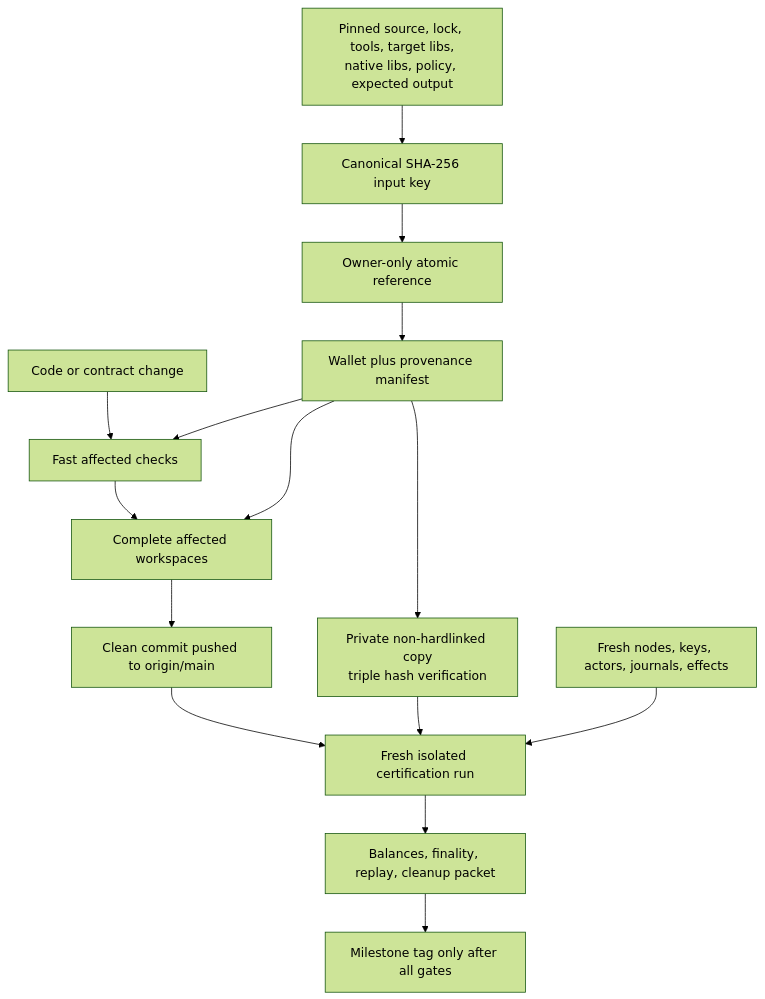
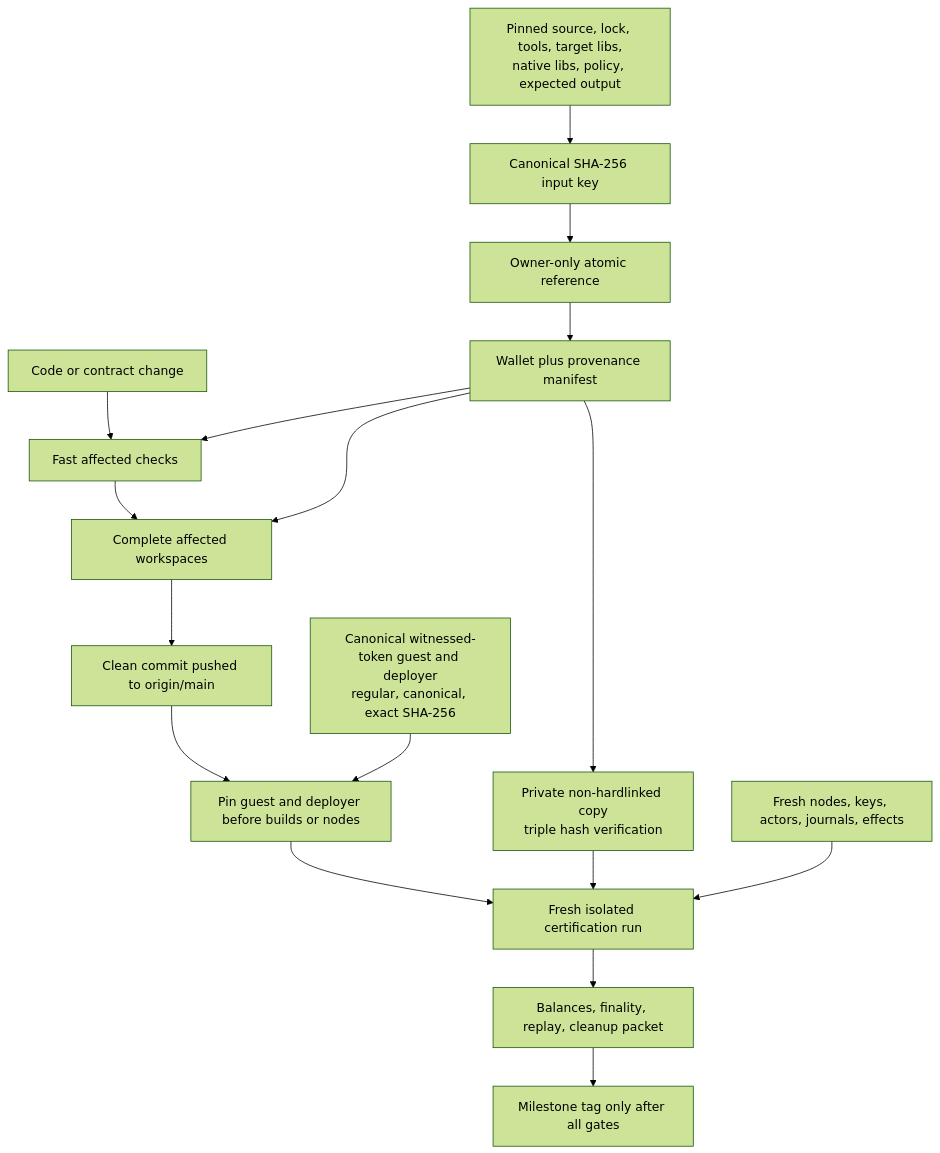
Before and after one commit to gateway-fm/lez-atomic-swaps: the second of 2 diagrams in docs/architecture/0047-pin-finalized-windows-and-separate-test-lanes.md, drawn with Mermaid (forest theme). The commit also changed other lines of this file and 10 other files, not shown here.

````diff
--- a/docs/architecture/0047-pin-finalized-windows-and-separate-test-lanes.md
+++ b/docs/architecture/0047-pin-finalized-windows-and-separate-test-lanes.md
@@ -104,17 +103,19 @@
 ```mermaid
 flowchart TB
     Change["Code or contract change"] --> Fast["Fast affected checks"]
     Fast --> Medium["Complete affected workspaces"]
     Medium --> Push["Clean commit pushed to origin/main"]
-    Push --> Cert["Fresh isolated certification run"]
+    Push --> Artifact["Pin guest and deployer before builds or nodes"]
+    Artifact --> Cert["Fresh isolated certification run"]
+    Guest["Canonical witnessed-token guest and deployer<br/>regular, canonical, exact SHA-256"] --> Artifact
     Inputs["Pinned source, lock, tools, target libs,<br/>native libs, policy, expected output"] --> Key["Canonical SHA-256 input key"]
     Key --> Ref["Owner-only atomic reference"]
     Ref --> Object["Wallet plus provenance manifest"]
     Object --> Fast
     Object --> Medium
     Object --> Copy["Private non-hardlinked copy<br/>triple hash verification"]
     Copy --> Cert
     Private["Fresh nodes, keys, actors, journals, effects"] --> Cert
     Cert --> Packet["Balances, finality, replay, cleanup packet"]
     Packet --> Tag["Milestone tag only after all gates"]
 ```
````
